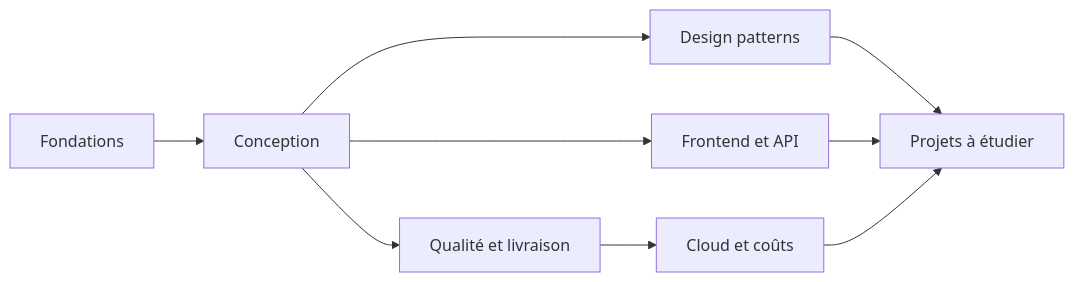
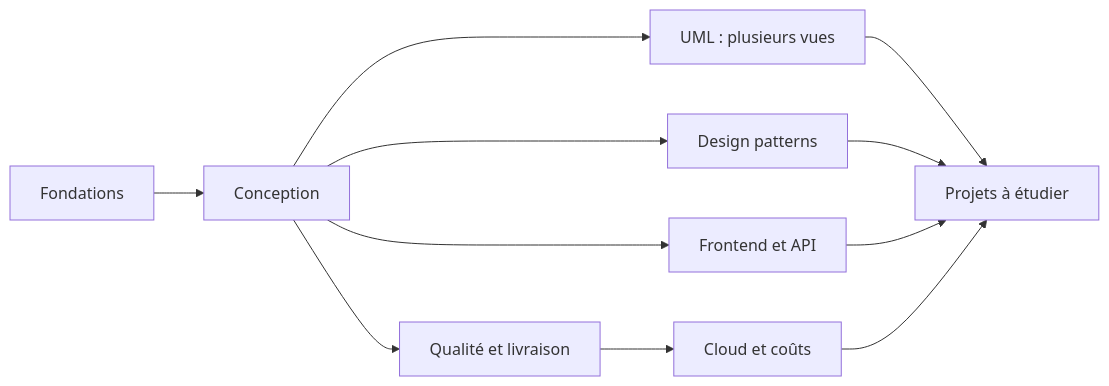
Before and after one commit to Hermes-Maxirrx/Obsidienne: the diagram in Accueil.md, drawn with Mermaid. The commit also changed other lines of this file and 11 other files, not shown here.

Commit message:
docs: ajouter un cours UML detaille et illustre

````diff
--- a/Accueil.md
+++ b/Accueil.md
@@ -6,11 +6,13 @@
 ```mermaid
 flowchart LR
     F[Fondations] --> C[Conception]
+    C --> U[UML : plusieurs vues]
     C --> P[Design patterns]
     C --> X[Frontend et API]
     C --> Q[Qualité et livraison]
     Q --> N[Cloud et coûts]
+    U --> R[Projets à étudier]
     P --> R[Projets à étudier]
     X --> R
     N --> R
 ```
````
